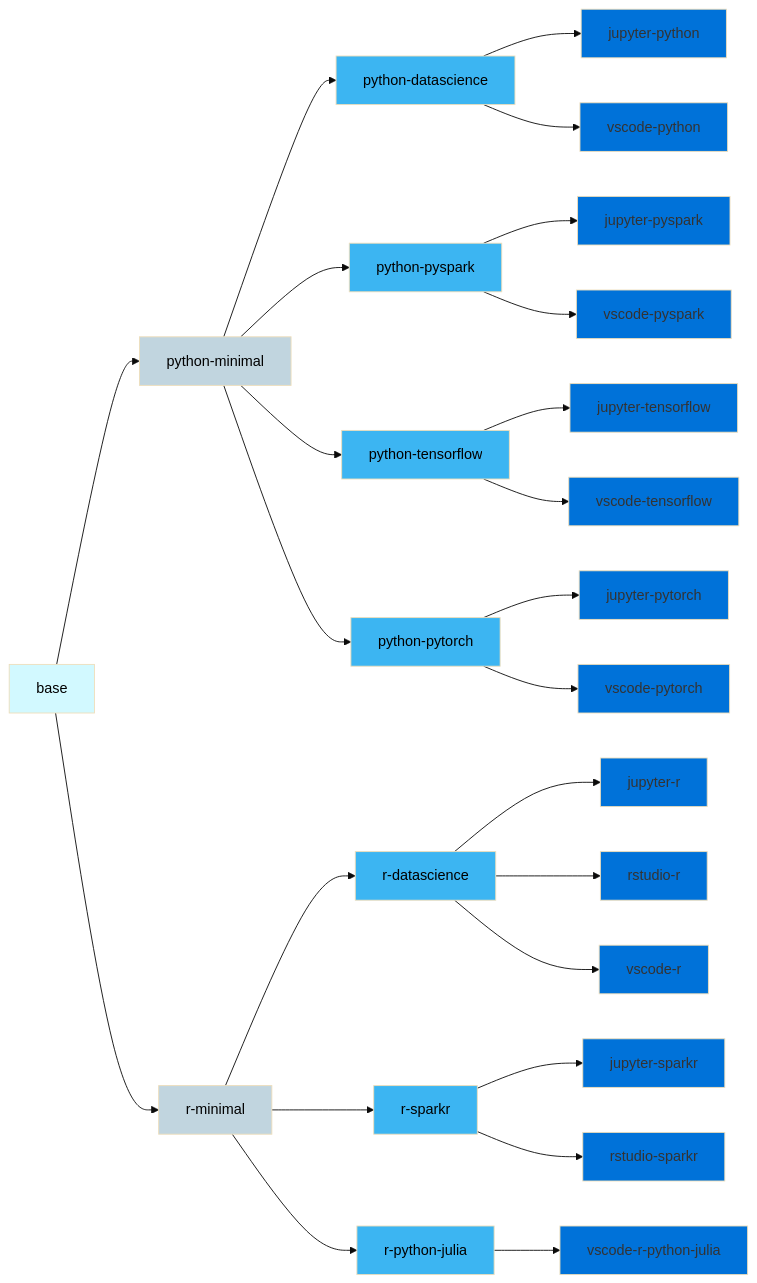
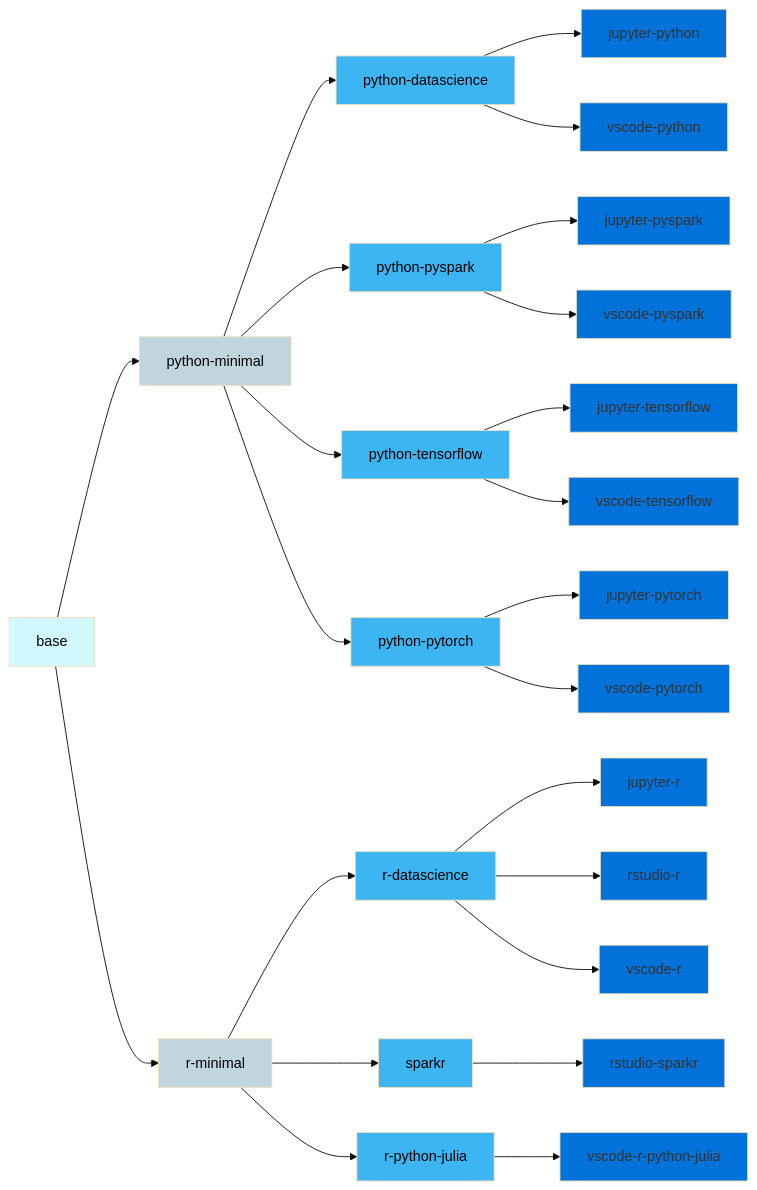
The diagram in README.md (InseeFrLab/images-datascience), drawn with Mermaid (base theme) before and after one commit. The commit also changed other lines of this file and 7 other files, not shown here.

````diff
--- a/README.md
+++ b/README.md
@@ -15,30 +15,29 @@
 ```mermaid
   graph LR;
       B[base]:::base-->PM[python-minimal]:::minimal;
       B-->RM[r-minimal]:::minimal;
       PM-->PYDS[python-datascience]:::package;
       PM-->PYSPARK[python-pyspark]:::package;
       PM-->PYTENSORFLOW[python-tensorflow]:::package;
       PM-->PYTORCH[python-pytorch]:::package;
       RM-->RDS[r-datascience]:::package;
-      RM-->RSPARK[r-sparkr]:::package;
+      RM-->RSPARK[sparkr]:::package;
       RM-->RPYJU[r-python-julia]:::package;
       PYSPARK--> JPYSPARK[jupyter-pyspark]:::ide;
       PYDS--> JPYDS[jupyter-python]:::ide;
       PYTENSORFLOW--> JPYTENSORFLOW[jupyter-tensorflow]:::ide;
       PYTORCH--> JPYTORCH[jupyter-pytorch]:::ide;
       PYSPARK--> VSCODEPYSPARK[vscode-pyspark]:::ide;
       PYDS--> VSCODEPYDS[vscode-python]:::ide;
       PYTENSORFLOW--> VSCODEPYTENSORFLOW[vscode-tensorflow]:::ide;
       PYTORCH--> VSCODEPYTORCH[vscode-pytorch]:::ide;
-      RSPARK -->JSPARKR[jupyter-sparkr]:::ide;
       RDS--> JRDS[jupyter-r]:::ide;
       RSPARK -->RSTUDIOSPARKR[rstudio-sparkr]:::ide;
       RDS--> RSTUDIORDS[rstudio-r]:::ide;
       RDS--> VSCODER[vscode-r]:::ide;
       RPYJU--> VSCODERPYJU[vscode-r-python-julia]:::ide;
       classDef base fill:#d2f9ff,color:#000  ;
       classDef minimal fill:#C1D5DF,color:#000;
       classDef package fill:#3cb5f2 ,color:#000  ;
       classDef ide fill:#0072d9  ;
 ```
````
